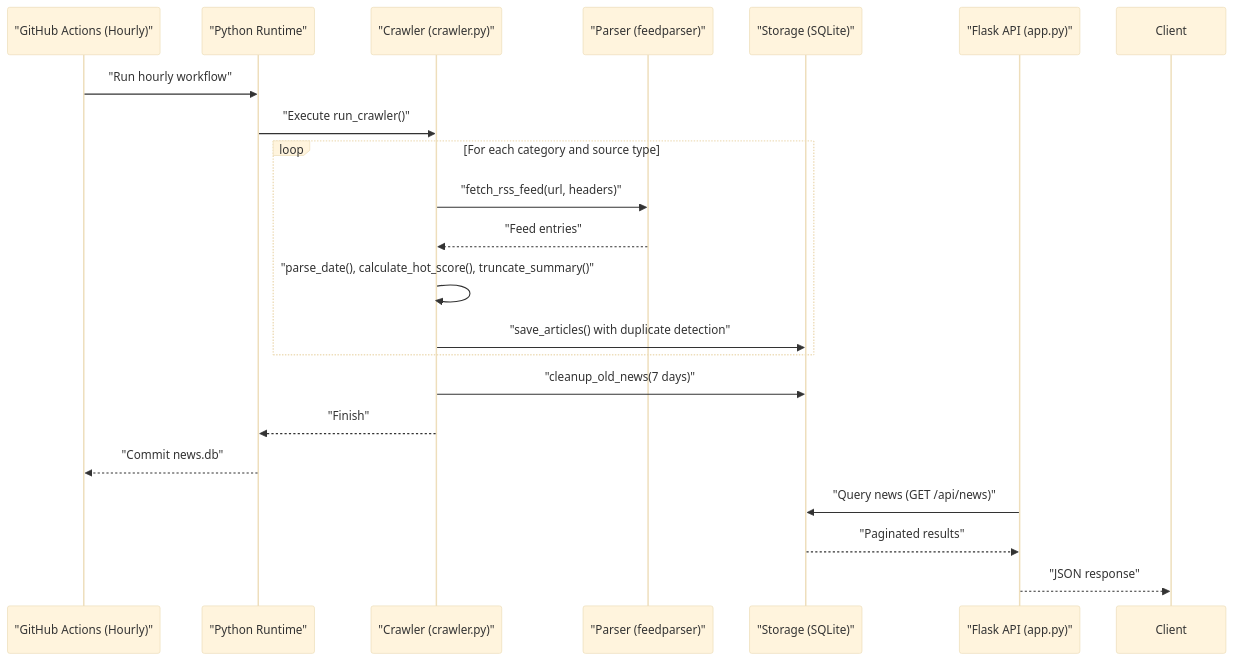
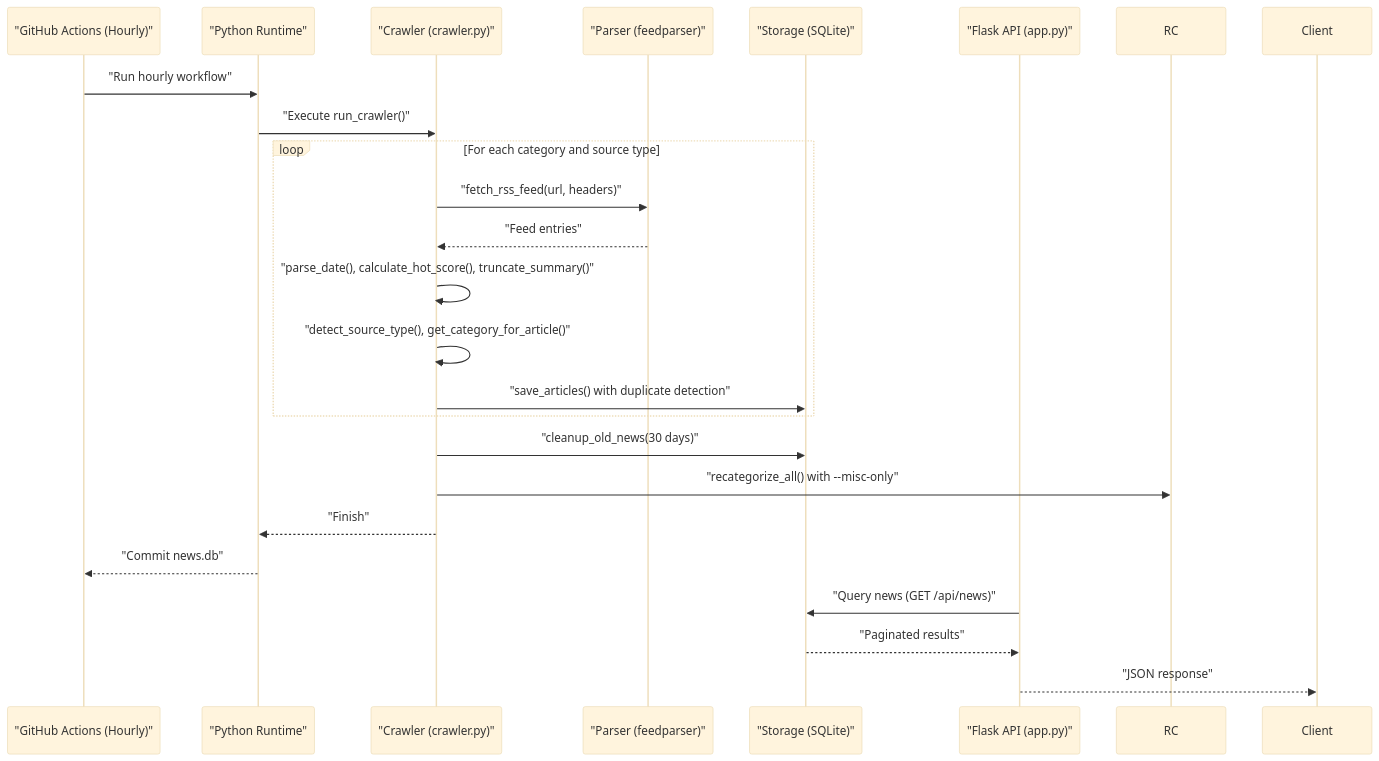
Before and after one commit to zbw-zbw/news-aggregator: the second of 5 diagrams in .qoder/repowiki/en/content/RSS Crawler System/RSS Crawler System.md, drawn with Mermaid (base theme). The commit also changed other lines of this file and 9 other files, not shown here.

````diff
--- a/.qoder/repowiki/en/content/RSS Crawler System/RSS Crawler System.md
+++ b/.qoder/repowiki/en/content/RSS Crawler System/RSS Crawler System.md
@@ -99,23 +116,25 @@
 ```mermaid
 sequenceDiagram
 participant GH as "GitHub Actions (Hourly)"
 participant Py as "Python Runtime"
 participant C as "Crawler (crawler.py)"
 participant P as "Parser (feedparser)"
 participant S as "Storage (SQLite)"
 participant API as "Flask API (app.py)"
 GH->>Py : "Run hourly workflow"
 Py->>C : "Execute run_crawler()"
 loop For each category and source type
 C->>P : "fetch_rss_feed(url, headers)"
 P-->>C : "Feed entries"
 C->>C : "parse_date(), calculate_hot_score(), truncate_summary()"
+C->>C : "detect_source_type(), get_category_for_article()"
 C->>S : "save_articles() with duplicate detection"
 end
-C->>S : "cleanup_old_news(7 days)"
+C->>S : "cleanup_old_news(30 days)"
+C->>RC : "recategorize_all() with --misc-only"
 C-->>Py : "Finish"
 Py-->>GH : "Commit news.db"
 API->>S : "Query news (GET /api/news)"
 S-->>API : "Paginated results"
 API-->>Client : "JSON response"
 ```
````
